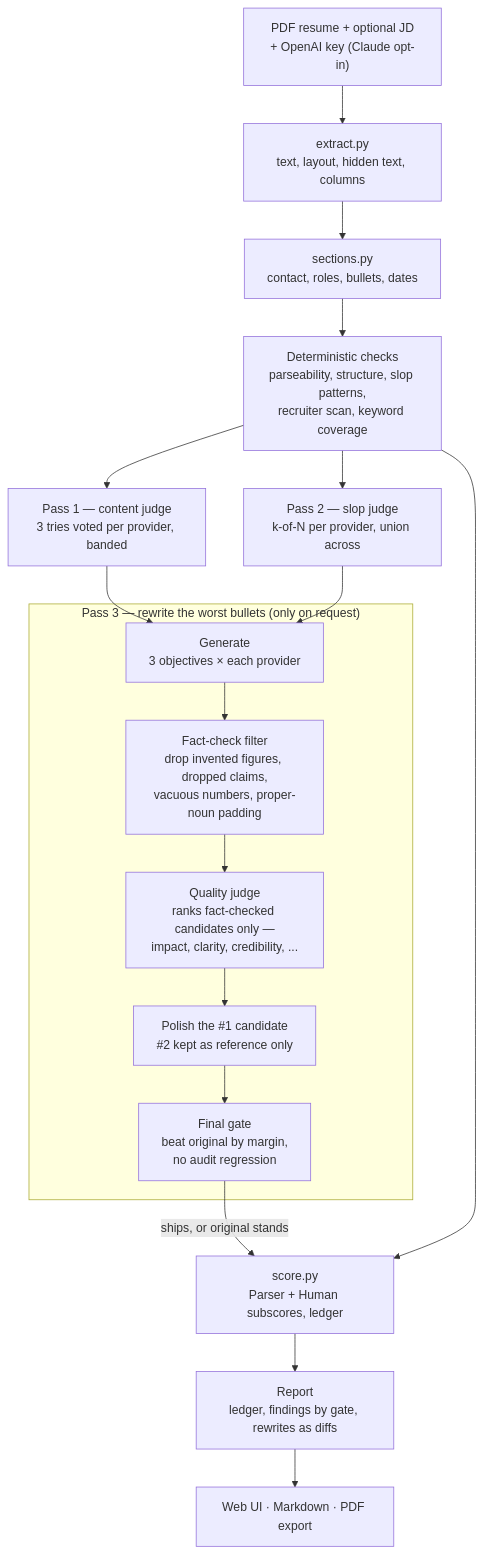
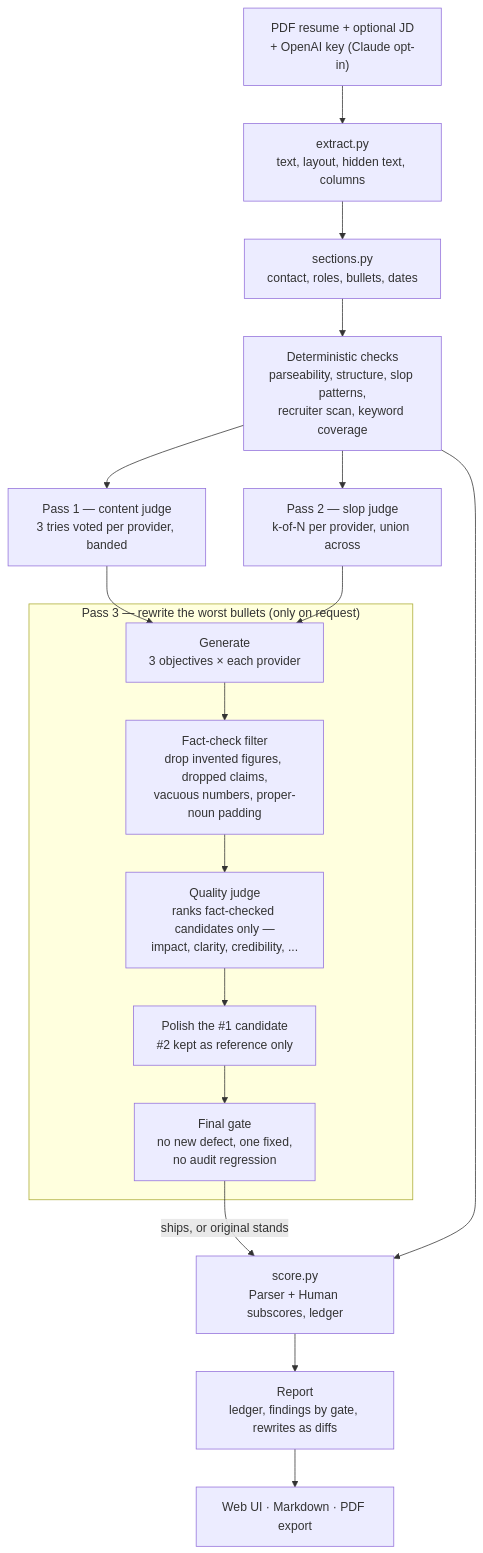
One commit to rrichardtang/ATS-parser changed the diagram in docs/design.md. Above: the diagram before and after it, drawn with Mermaid. The commit also changed other lines of this file and 13 other files, not shown here.

First line of the commit message:
Replace the rewrite margin with a defect gate (ticket 05)

````diff
--- a/docs/design.md
+++ b/docs/design.md
@@ -42,24 +42,24 @@
 ```mermaid
 flowchart TD
     IN["PDF resume + optional JD<br/>+ OpenAI key (Claude opt-in)"] --> EX["extract.py<br/>text, layout, hidden text, columns"]
     EX --> SEC["sections.py<br/>contact, roles, bullets, dates"]
     SEC --> DET["Deterministic checks<br/>parseability, structure, slop patterns,<br/>recruiter scan, keyword coverage"]
 
     DET --> P1["Pass 1 — content judge<br/>3 tries voted per provider, banded"]
     DET --> P2["Pass 2 — slop judge<br/>k-of-N per provider, union across"]
 
     P1 --> GEN
     P2 --> GEN
 
     subgraph P3["Pass 3 — rewrite the worst bullets (only on request)"]
         GEN["Generate<br/>3 objectives × each provider"] --> CLEAN["Fact-check filter<br/>drop invented figures, dropped claims,<br/>vacuous numbers, proper-noun padding"]
         CLEAN --> JUDGE["Quality judge<br/>ranks fact-checked candidates only —<br/>impact, clarity, credibility, ..."]
         JUDGE --> POLISH["Polish the #1 candidate<br/>#2 kept as reference only"]
-        POLISH --> GATE["Final gate<br/>beat original by margin,<br/>no audit regression"]
+        POLISH --> GATE["Final gate<br/>no new defect, one fixed,<br/>no audit regression"]
     end
 
     GATE -- "ships, or original stands" --> SCORE
     DET --> SCORE["score.py<br/>Parser + Human subscores, ledger"]
     SCORE --> REPORT["Report<br/>ledger, findings by gate, rewrites as diffs"]
     REPORT --> OUT["Web UI · Markdown · PDF export"]
 ```
````
